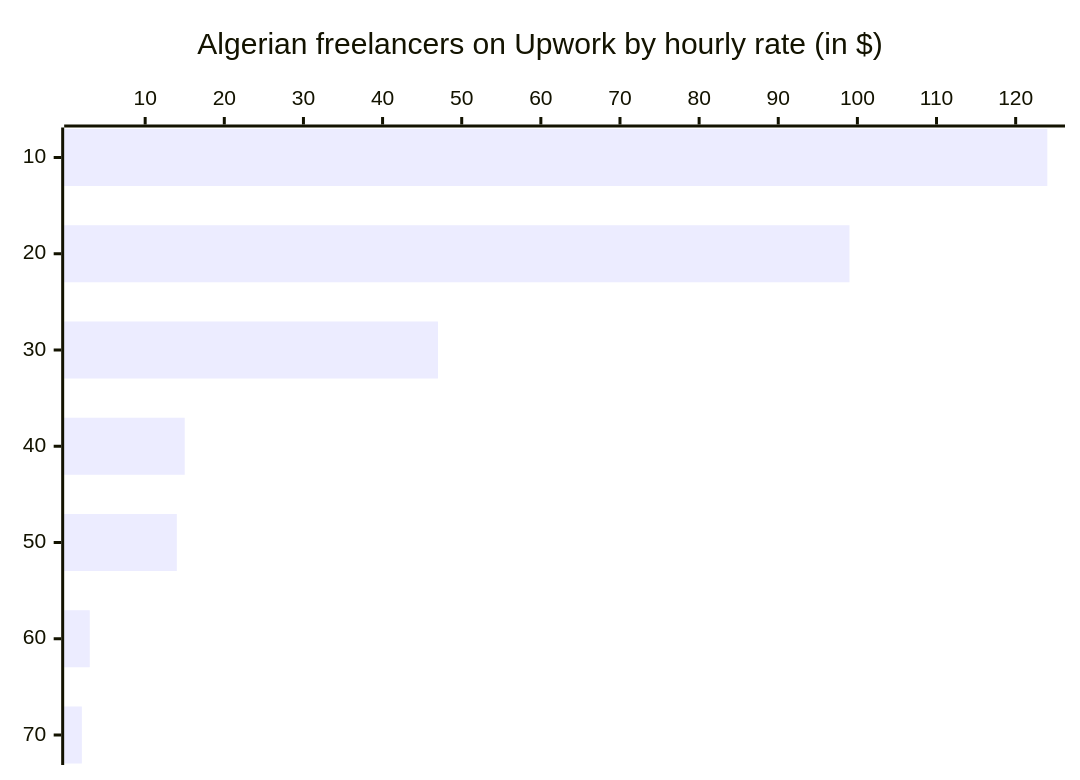
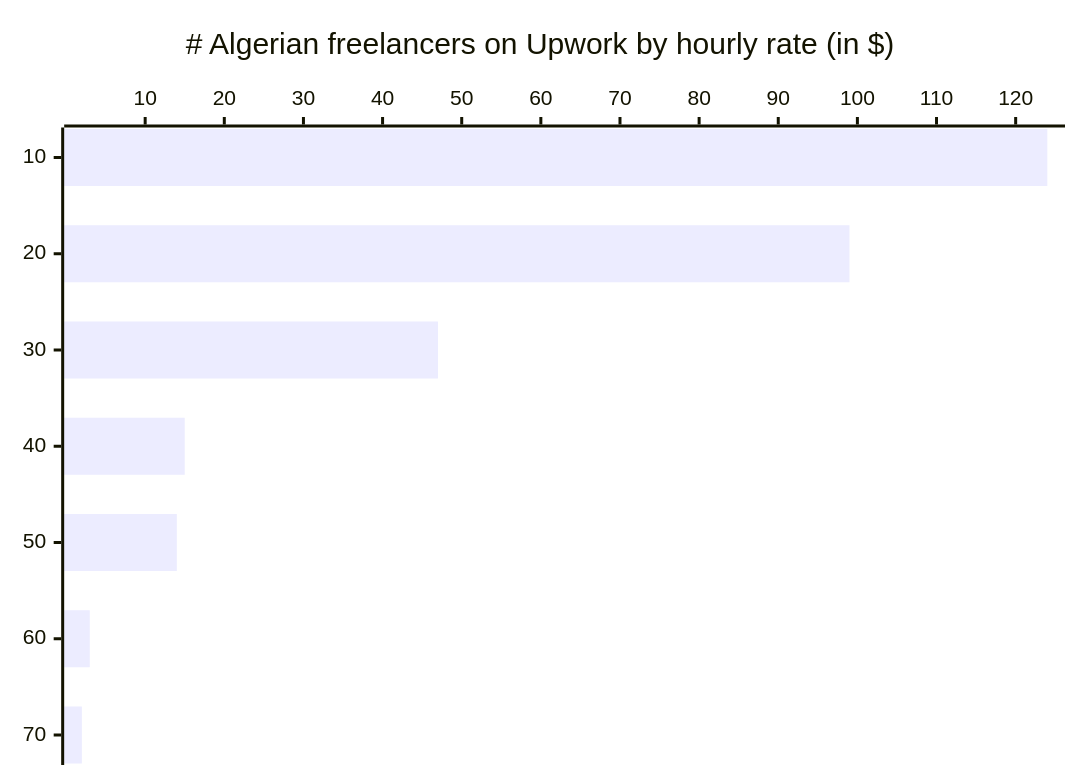
One commit to Fcmam5/state-of-dz-swe-2024 changed the ninth of 10 diagrams in website/docs/insights/remuneration.md. Above: the diagram before and after it, drawn with Mermaid. The commit also changed other lines of this file, not shown here.

````diff
--- a/website/docs/insights/remuneration.md
+++ b/website/docs/insights/remuneration.md
@@ -204,5 +204,5 @@
 ```mermaid
-xychart-beta horizontal title "Algerian freelancers on Upwork by hourly rate (in $)"
+xychart-beta horizontal title "# Algerian freelancers on Upwork by hourly rate (in $)"
   x-axis ["10","20","30","40","50","60","70"]
   bar [124,99,47,15,14,3,2]
 ```
````
